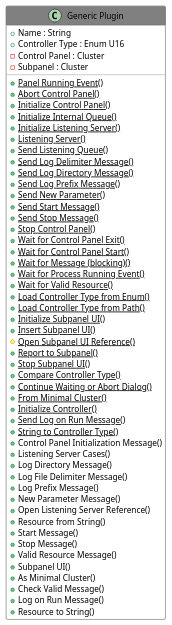
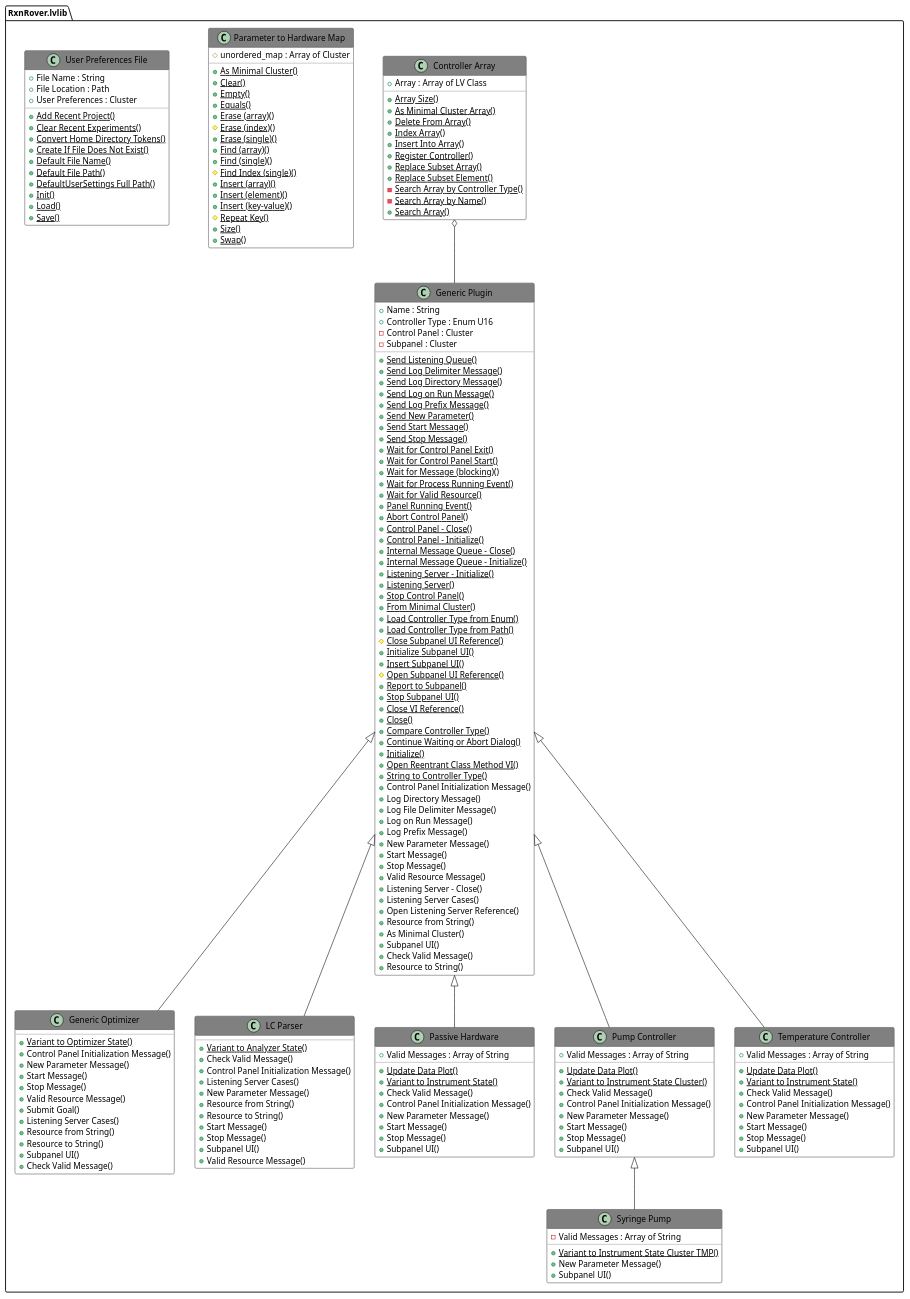
One commit to RxnRover/RxnRover changed the diagram in _static/api/Includes/012.adoc. Above: the diagram before and after it, drawn with PlantUML. The commit also changed other lines of this file and 405 other files, not shown here.

```diff
--- a/_static/api/Includes/012.adoc
+++ b/_static/api/Includes/012.adoc
@@ -17,59 +48,214 @@
 skinparam ClassHeaderBackgroundColor #808080
 
 skinparam top to bottom direction
-class "Generic Plugin" {
+class "RxnRover.lvlib:Controller Array" {
+{field} +Array : Array of LV Class
+{static} {method} +Array Size()
+{static} {method} +As Minimal Cluster Array()
+{static} {method} +Delete From Array()
+{static} {method} +Index Array()
+{static} {method} +Insert Into Array()
+{static} {method} +Register Controller()
+{static} {method} +Replace Subset Array()
+{static} {method} +Replace Subset Element()
+{static} {method} -Search Array by Controller Type()
+{static} {method} -Search Array by Name()
+{static} {method} +Search Array()
+
+}
+
+"RxnRover.lvlib:Controller Array" o-- "RxnRover.lvlib:Generic Plugin"
+
+class "RxnRover.lvlib:Generic Optimizer" {
+{static} {method} +Variant to Optimizer State()
+{method} +Control Panel Initialization Message()
+{method} +New Parameter Message()
+{method} +Start Message()
+{method} +Stop Message()
+{method} +Valid Resource Message()
+{method} +Submit Goal()
+{method} +Listening Server Cases()
+{method} +Resource from String()
+{method} +Resource to String()
+{method} +Subpanel UI()
+{method} +Check Valid Message()
+
+}
+"RxnRover.lvlib:Generic Plugin" <|-- "RxnRover.lvlib:Generic Optimizer"
+
+
+class "RxnRover.lvlib:Generic Plugin" {
 {field} +Name : String
 {field} +Controller Type : Enum U16
 {field} -Control Panel : Cluster
 {field} -Subpanel : Cluster
-{static} {method} +Panel Running Event()
-{static} {method} +Abort Control Panel()
-{static} {method} +Initialize Control Panel()
-{static} {method} +Initialize Internal Queue()
-{static} {method} +Initialize Listening Server()
-{static} {method} +Listening Server()
 {static} {method} +Send Listening Queue()
 {static} {method} +Send Log Delimiter Message()
 {static} {method} +Send Log Directory Message()
+{static} {method} +Send Log on Run Message()
 {static} {method} +Send Log Prefix Message()
 {static} {method} +Send New Parameter()
 {static} {method} +Send Start Message()
 {static} {method} +Send Stop Message()
-{static} {method} +Stop Control Panel()
 {static} {method} +Wait for Control Panel Exit()
 {static} {method} +Wait for Control Panel Start()
 {static} {method} +Wait for Message (blocking)()
 {static} {method} +Wait for Process Running Event()
 {static} {method} +Wait for Valid Resource()
+{static} {method} +Panel Running Event()
+{static} {method} +Abort Control Panel()
+{static} {method} +Control Panel - Close()
+{static} {method} +Control Panel - Initialize()
+{static} {method} +Internal Message Queue - Close()
+{static} {method} +Internal Message Queue - Initialize()
+{static} {method} +Listening Server - Initialize()
+{static} {method} +Listening Server()
+{static} {method} +Stop Control Panel()
+{static} {method} +From Minimal Cluster()
 {static} {method} +Load Controller Type from Enum()
 {static} {method} +Load Controller Type from Path()
+{static} {method} #Close Subpanel UI Reference()
 {static} {method} +Initialize Subpanel UI()
 {static} {method} +Insert Subpanel UI()
 {static} {method} #Open Subpanel UI Reference()
 {static} {method} +Report to Subpanel()
 {static} {method} +Stop Subpanel UI()
+{static} {method} +Close VI Reference()
+{static} {method} +Close()
 {static} {method} +Compare Controller Type()
 {static} {method} +Continue Waiting or Abort Dialog()
-{static} {method} +From Minimal Cluster()
-{static} {method} +Initialize Controller()
-{static} {method} +Send Log on Run Message()
+{static} {method} +Initialize()
+{static} {method} +Open Reentrant Class Method VI()
 {static} {method} +String to Controller Type()
 {method} +Control Panel Initialization Message()
-{method} +Listening Server Cases()
 {method} +Log Directory Message()
 {method} +Log File Delimiter Message()
+{method} +Log on Run Message()
 {method} +Log Prefix Message()
 {method} +New Parameter Message()
-{method} +Open Listening Server Reference()
-{method} +Resource from String()
 {method} +Start Message()
 {method} +Stop Message()
 {method} +Valid Resource Message()
+{method} +Listening Server - Close()
+{method} +Listening Server Cases()
+{method} +Open Listening Server Reference()
+{method} +Resource from String()
+{method} +As Minimal Cluster()
 {method} +Subpanel UI()
-{method} +As Minimal Cluster()
 {method} +Check Valid Message()
-{method} +Log on Run Message()
 {method} +Resource to String()
+
+}
+
+
+class "RxnRover.lvlib:LC Parser" {
+{static} {method} +Variant to Analyzer State()
+{method} +Check Valid Message()
+{method} +Control Panel Initialization Message()
+{method} +Listening Server Cases()
+{method} +New Parameter Message()
+{method} +Resource from String()
+{method} +Resource to String()
+{method} +Start Message()
+{method} +Stop Message()
+{method} +Subpanel UI()
+{method} +Valid Resource Message()
+
+}
+"RxnRover.lvlib:Generic Plugin" <|-- "RxnRover.lvlib:LC Parser"
+
+
+class "RxnRover.lvlib:Parameter to Hardware Map" {
+{field} #unordered_map : Array of Cluster
+{static} {method} +As Minimal Cluster()
+{static} {method} +Clear()
+{static} {method} +Empty()
+{static} {method} +Equals()
+{static} {method} +Erase (array)()
+{static} {method} #Erase (index)()
+{static} {method} +Erase (single)()
+{static} {method} +Find (array)()
+{static} {method} +Find (single)()
+{static} {method} #Find Index (single)()
+{static} {method} +Insert (array)()
+{static} {method} +Insert (element)()
+{static} {method} +Insert (key-value)()
+{static} {method} #Repeat Key()
+{static} {method} +Size()
+{static} {method} +Swap()
+
+}
+
+
+class "RxnRover.lvlib:Passive Hardware" {
+{field} +Valid Messages : Array of String
+{static} {method} +Update Data Plot()
+{static} {method} +Variant to Instrument State()
+{method} +Check Valid Message()
+{method} +Control Panel Initialization Message()
+{method} +New Parameter Message()
+{method} +Start Message()
+{method} +Stop Message()
+{method} +Subpanel UI()
+
+}
+"RxnRover.lvlib:Generic Plugin" <|-- "RxnRover.lvlib:Passive Hardware"
+
+
+class "RxnRover.lvlib:Pump Controller" {
+{field} +Valid Messages : Array of String
+{static} {method} +Update Data Plot()
+{static} {method} +Variant to Instrument State Cluster()
+{method} +Check Valid Message()
+{method} +Control Panel Initialization Message()
+{method} +New Parameter Message()
+{method} +Start Message()
+{method} +Stop Message()
+{method} +Subpanel UI()
+
+}
+"RxnRover.lvlib:Generic Plugin" <|-- "RxnRover.lvlib:Pump Controller"
+
+
+class "RxnRover.lvlib:Syringe Pump" {
+{field} -Valid Messages : Array of String
+{static} {method} +Variant to Instrument State Cluster TMP()
+{method} +New Parameter Message()
+{method} +Subpanel UI()
+
+}
+"RxnRover.lvlib:Pump Controller" <|-- "RxnRover.lvlib:Syringe Pump"
+
+
+class "RxnRover.lvlib:Temperature Controller" {
+{field} +Valid Messages : Array of String
+{static} {method} +Update Data Plot()
+{static} {method} +Variant to Instrument State()
+{method} +Check Valid Message()
+{method} +Control Panel Initialization Message()
+{method} +New Parameter Message()
+{method} +Start Message()
+{method} +Stop Message()
+{method} +Subpanel UI()
+
+}
+"RxnRover.lvlib:Generic Plugin" <|-- "RxnRover.lvlib:Temperature Controller"
+
+
+class "RxnRover.lvlib:User Preferences File" {
+{field} +File Name : String
+{field} +File Location : Path
+{field} +User Preferences : Cluster
+{static} {method} +Add Recent Project()
+{static} {method} +Clear Recent Experiments()
+{static} {method} +Convert Home Directory Tokens()
+{static} {method} +Create If File Does Not Exist()
+{static} {method} +Default File Name()
+{static} {method} +Default File Path()
+{static} {method} +DefaultUserSettings Full Path()
+{static} {method} +Init()
+{static} {method} +Load()
+{static} {method} +Save()
 
 }
 
```
